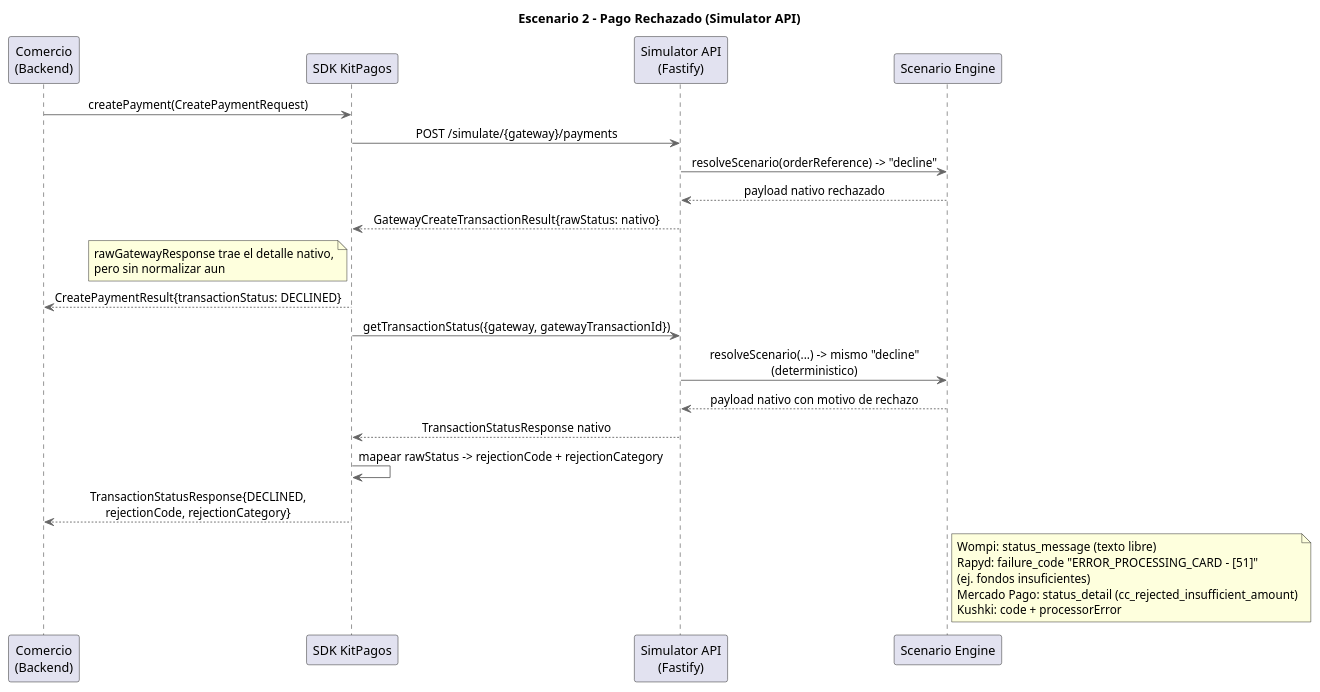
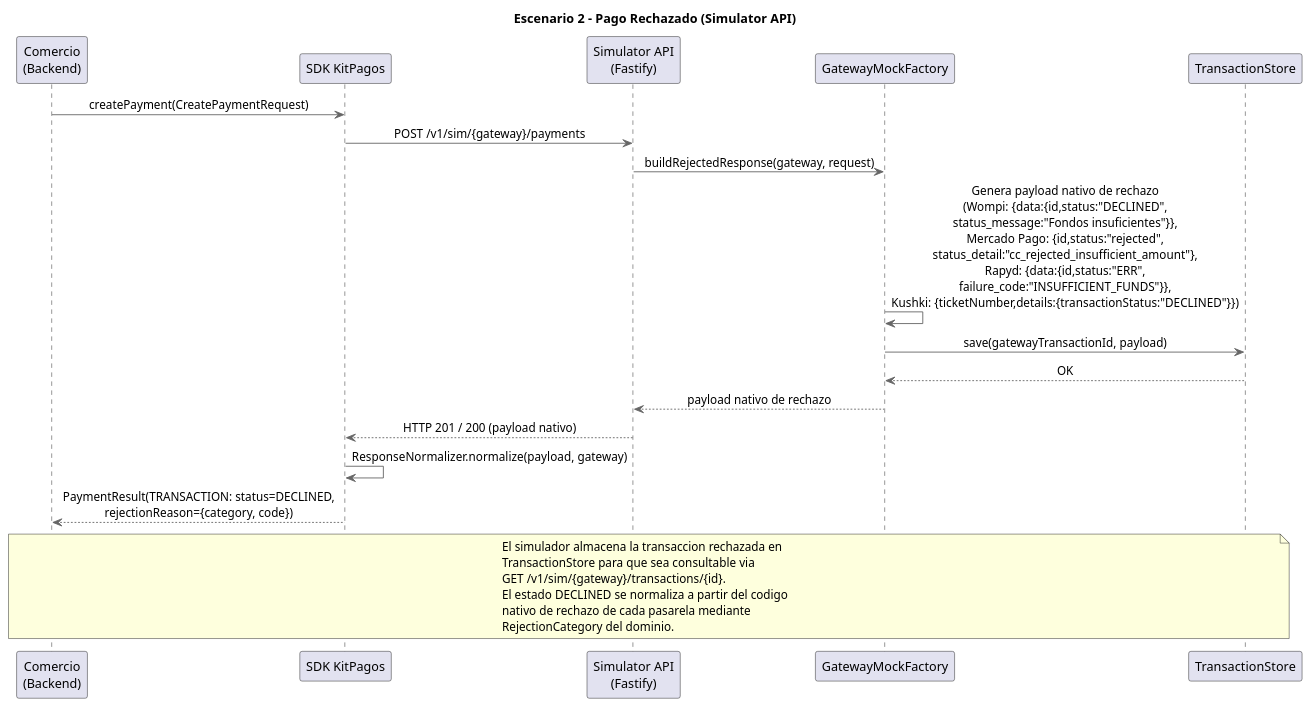
One commit to PurosBrothers/Kit-Pagos-Colombia---Tesis changed the diagram in docs/architecture/Simulador API/diagrams-source/sequence-denied-payment.puml. Above: the diagram before and after it, drawn with PlantUML. The commit also changed 12 other files, not shown here.

First line of the commit message:
docs(docs): update diagrams

```diff
--- a/docs/architecture/Simulador API/diagrams-source/sequence-denied-payment.puml
+++ b/docs/architecture/Simulador API/diagrams-source/sequence-denied-payment.puml
@@ -1,39 +1,34 @@
 @startuml Sequence Diagram - Denied Payment
 title Escenario 2 - Pago Rechazado (Simulator API)
 skinparam backgroundColor white
 skinparam sequenceMessageAlign center
 skinparam ArrowColor #666666
 skinparam LifeLineBorderColor #666666
 
 participant "Comercio\n(Backend)" as Comercio
 participant "SDK KitPagos" as SDK
 participant "Simulator API\n(Fastify)" as SimAPI
-participant "Scenario Engine" as Engine
+participant "GatewayMockFactory" as MockFactory
+participant "TransactionStore" as Store
 
 Comercio -> SDK : createPayment(CreatePaymentRequest)
-SDK -> SimAPI : POST /simulate/{gateway}/payments
-SimAPI -> Engine : resolveScenario(orderReference) -> "decline"
-Engine --> SimAPI : payload nativo rechazado
-SimAPI --> SDK : GatewayCreateTransactionResult{rawStatus: nativo}
-note left of SDK
-  rawGatewayResponse trae el detalle nativo,
-  pero sin normalizar aun
-end note
-SDK --> Comercio : CreatePaymentResult{transactionStatus: DECLINED}
+SDK -> SimAPI : POST /v1/sim/{gateway}/payments
+SimAPI -> MockFactory : buildRejectedResponse(gateway, request)
+MockFactory -> MockFactory : Genera payload nativo de rechazo\n(Wompi: {data:{id,status:"DECLINED",\nstatus_message:"Fondos insuficientes"}},\nMercado Pago: {id,status:"rejected",\nstatus_detail:"cc_rejected_insufficient_amount"},\nRapyd: {data:{id,status:"ERR",\nfailure_code:"INSUFFICIENT_FUNDS"}},\nKushki: {ticketNumber,details:{transactionStatus:"DECLINED"}})
+MockFactory -> Store : save(gatewayTransactionId, payload)
+Store --> MockFactory : OK
+MockFactory --> SimAPI : payload nativo de rechazo
+SimAPI --> SDK : HTTP 201 / 200 (payload nativo)
+SDK -> SDK : ResponseNormalizer.normalize(payload, gateway)
+SDK --> Comercio : PaymentResult(TRANSACTION: status=DECLINED,\nrejectionReason={category, code})
 
-SDK -> SimAPI : getTransactionStatus({gateway, gatewayTransactionId})
-SimAPI -> Engine : resolveScenario(...) -> mismo "decline"\n(deterministico)
-Engine --> SimAPI : payload nativo con motivo de rechazo
-SimAPI --> SDK : TransactionStatusResponse nativo
-SDK -> SDK : mapear rawStatus -> rejectionCode + rejectionCategory
-SDK --> Comercio : TransactionStatusResponse{DECLINED,\nrejectionCode, rejectionCategory}
-
-note right of Engine
-  Wompi: status_message (texto libre)
-  Rapyd: failure_code "ERROR_PROCESSING_CARD - [51]"
-  (ej. fondos insuficientes)
-  Mercado Pago: status_detail (cc_rejected_insufficient_amount)
-  Kushki: code + processorError
+note over Comercio, Store
+  El simulador almacena la transaccion rechazada en
+  TransactionStore para que sea consultable via
+  GET /v1/sim/{gateway}/transactions/{id}.
+  El estado DECLINED se normaliza a partir del codigo
+  nativo de rechazo de cada pasarela mediante
+  RejectionCategory del dominio.
 end note
 
 @enduml
```
